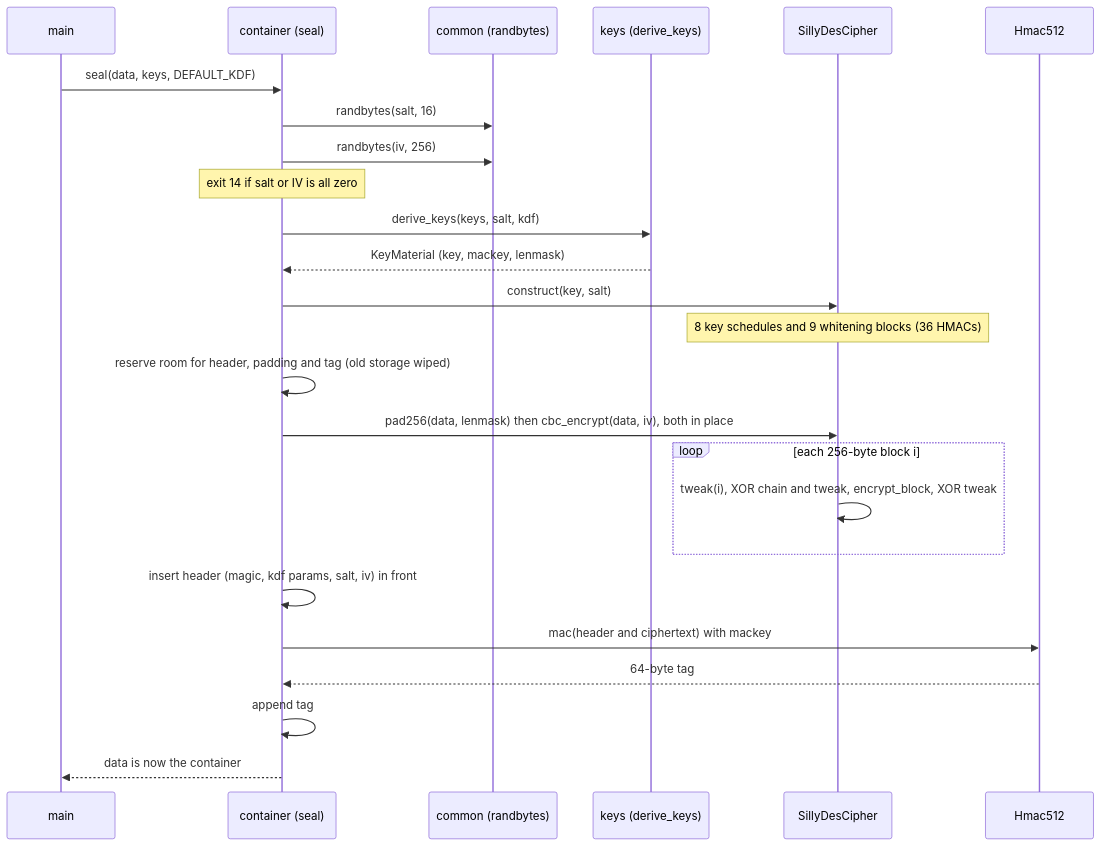
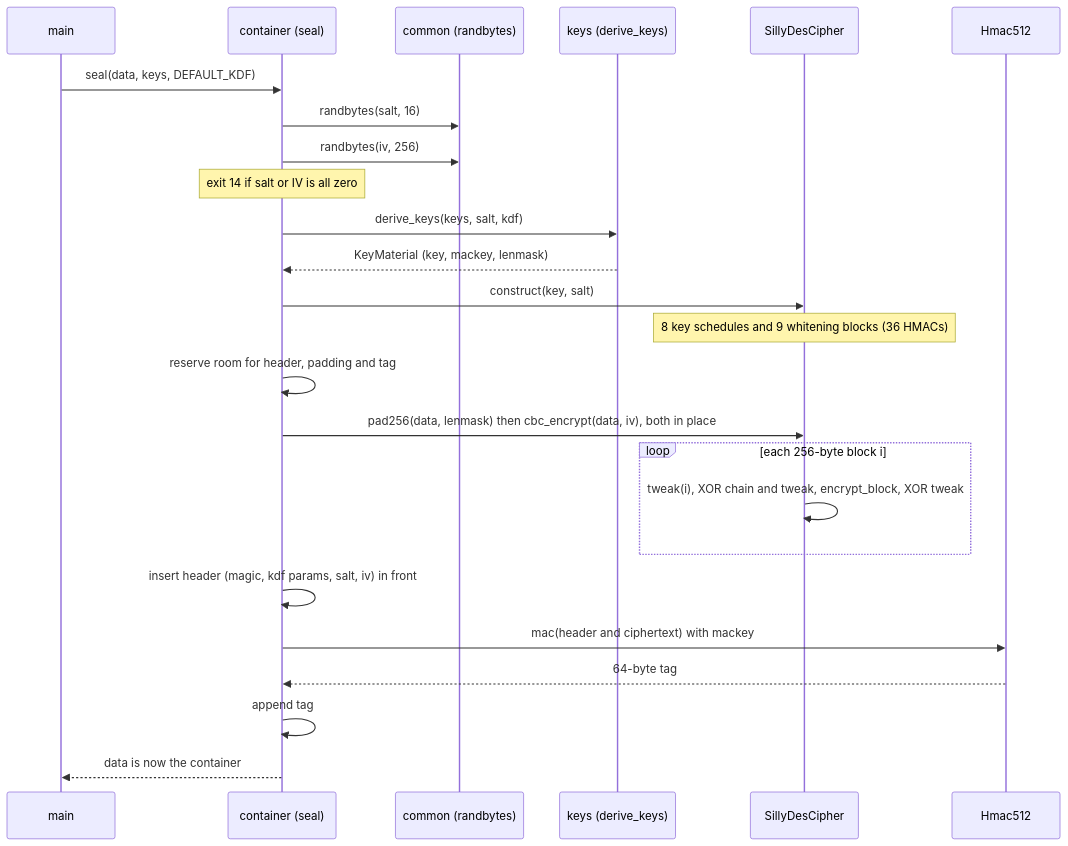
Before and after one commit to avw1ein/sillydes: the fourth of 10 diagrams in STRUCTURE.md, drawn with Mermaid. The commit also changed other lines of this file and 19 other files, not shown here.

````diff
--- a/STRUCTURE.md
+++ b/STRUCTURE.md
@@ -212,28 +212,28 @@
 ```mermaid
 sequenceDiagram
     participant M as main
     participant C as container (seal)
     participant R as common (randbytes)
     participant K as keys (derive_keys)
     participant O as SillyDesCipher
     participant H as Hmac512
 
     M->>C: seal(data, keys, DEFAULT_KDF)
     C->>R: randbytes(salt, 16)
     C->>R: randbytes(iv, 256)
     Note over C: exit 14 if salt or IV is all zero
     C->>K: derive_keys(keys, salt, kdf)
     K-->>C: KeyMaterial (key, mackey, lenmask)
     C->>O: construct(key, salt)
     Note over O: 8 key schedules and 9 whitening blocks (36 HMACs)
-    C->>C: reserve room for header, padding and tag (old storage wiped)
+    C->>C: reserve room for header, padding and tag
     C->>O: pad256(data, lenmask) then cbc_encrypt(data, iv), both in place
     loop each 256-byte block i
         O->>O: tweak(i), XOR chain and tweak, encrypt_block, XOR tweak
     end
     C->>C: insert header (magic, kdf params, salt, iv) in front
     C->>H: mac(header and ciphertext) with mackey
     H-->>C: 64-byte tag
     C->>C: append tag
     C-->>M: data is now the container
 ```
````
